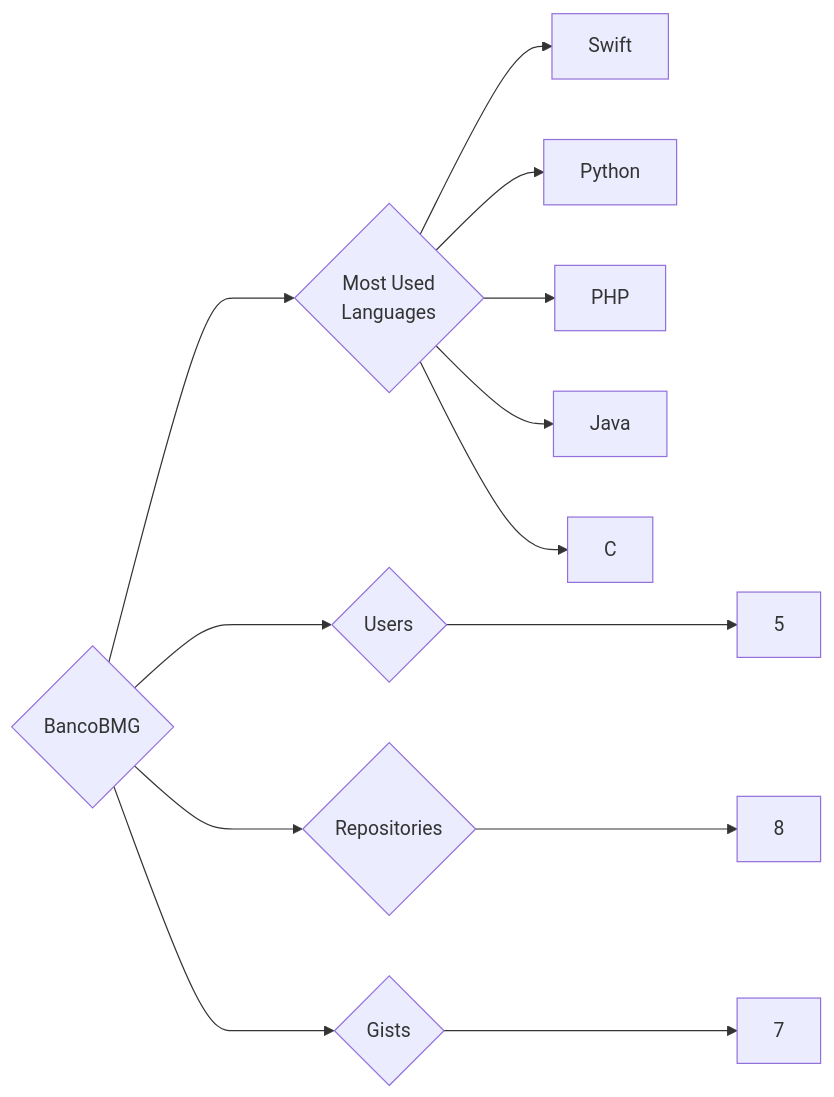
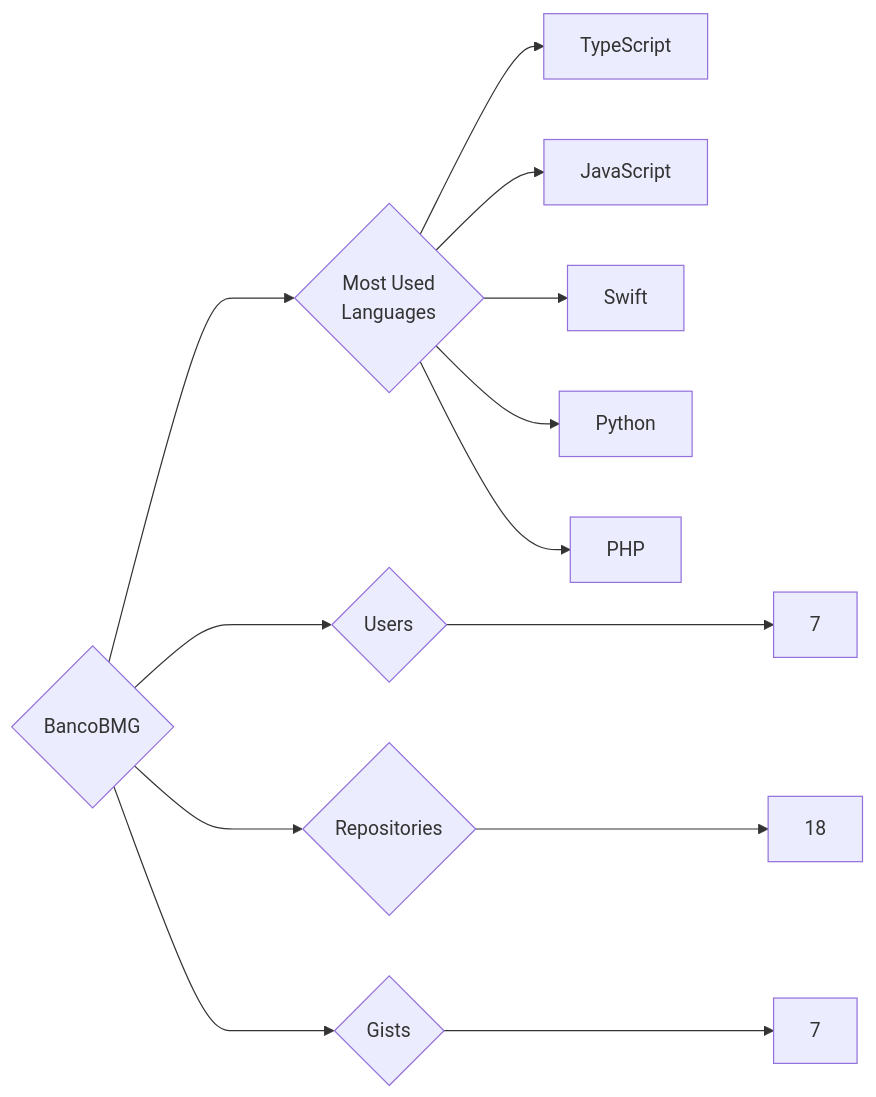
The diagram in targets/BancoBMG/README.md (trickest/insiders), drawn with Mermaid before and after one commit. The commit also changed 1148 other files, not shown here.

````diff
--- a/targets/BancoBMG/README.md
+++ b/targets/BancoBMG/README.md
@@ -3,13 +3,13 @@
 ```mermaid
 graph LR
 COMPANY_NAME{BancoBMG}
-COMPANY_NAME ---> U{Users} ---> UN[5]
-COMPANY_NAME ---> R{Repositories} ---> RN[8]
+COMPANY_NAME ---> U{Users} ---> UN[7]
+COMPANY_NAME ---> R{Repositories} ---> RN[18]
 COMPANY_NAME ---> G{Gists} ---> GN[7]
 COMPANY_NAME ---> ML{Most Used<br>Languages}
+ML --> TypeScript[TypeScript]
+ML --> JavaScript[JavaScript]
 ML --> Swift[Swift]
 ML --> Python[Python]
 ML --> PHP[PHP]
-ML --> Java[Java]
-ML --> C[C]
 ```
````
